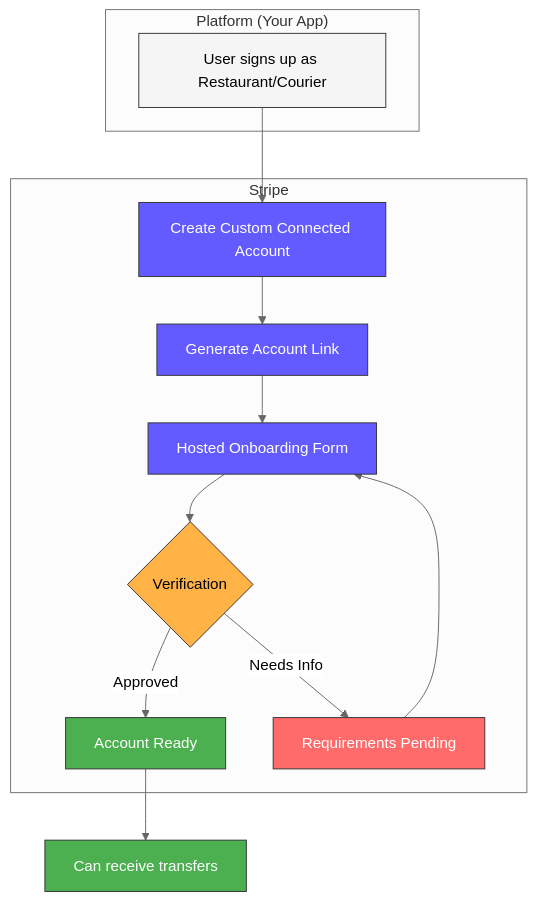
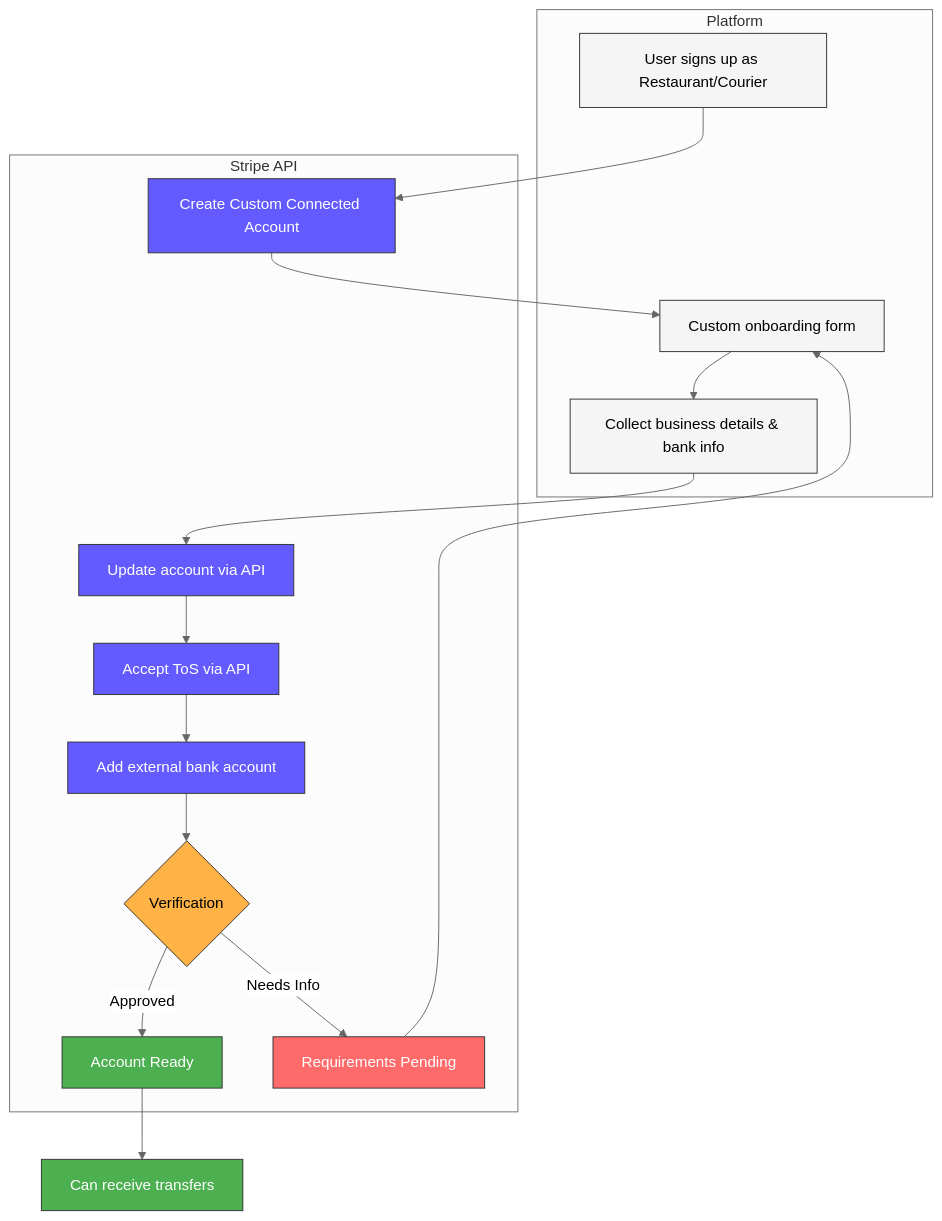
Before and after one commit to jejrthompson/stripe-interview-demo: the diagram in diagrams/part1/onboarding-flow.mmd, drawn with Mermaid (neutral theme). The commit also changed 1 other file, not shown here.

Commit message:
docs: update onboarding diagram for fully custom Connect flow
Removes Stripe-hosted components (Account Link, hosted forms) and shows
the API-driven onboarding where platform handles all UI/UX.

🤖 Generated with [Claude Code](https://claude.com/claude-code)

```diff
--- a/diagrams/part1/onboarding-flow.mmd
+++ b/diagrams/part1/onboarding-flow.mmd
@@ -1,33 +1,42 @@
 flowchart TD
-    subgraph Platform["Platform (Your App)"]
+    subgraph Platform["Platform"]
         A[User signs up as Restaurant/Courier]
+        C[Custom onboarding form]
+        D[Collect business details & bank info]
     end
 
-    subgraph Stripe["Stripe"]
+    subgraph Stripe["Stripe API"]
         B[Create Custom Connected Account]
-        C[Generate Account Link]
-        D[Hosted Onboarding Form]
-        E{Verification}
-        F[Account Ready]
-        G[Requirements Pending]
+        E[Update account via API]
+        F[Accept ToS via API]
+        G[Add external bank account]
+        H{Verification}
+        I[Account Ready]
+        J[Requirements Pending]
     end
 
     A --> B
     B --> C
     C --> D
     D --> E
+    E --> F
+    F --> G
+    G --> H
 
-    E -->|Approved| F
-    E -->|Needs Info| G
-    G --> D
+    H -->|Approved| I
+    H -->|Needs Info| J
+    J --> C
 
-    F --> H[Can receive transfers]
+    I --> K[Can receive transfers]
 
     style A fill:#f5f5f5,stroke:#333
     style B fill:#635bff,stroke:#333,color:#fff
-    style C fill:#635bff,stroke:#333,color:#fff
-    style D fill:#635bff,stroke:#333,color:#fff
-    style E fill:#ffb347,stroke:#333
-    style F fill:#4caf50,stroke:#333,color:#fff
-    style G fill:#ff6b6b,stroke:#333,color:#fff
-    style H fill:#4caf50,stroke:#333,color:#fff
+    style C fill:#f5f5f5,stroke:#333
+    style D fill:#f5f5f5,stroke:#333
+    style E fill:#635bff,stroke:#333,color:#fff
+    style F fill:#635bff,stroke:#333,color:#fff
+    style G fill:#635bff,stroke:#333,color:#fff
+    style H fill:#ffb347,stroke:#333
+    style I fill:#4caf50,stroke:#333,color:#fff
+    style J fill:#ff6b6b,stroke:#333,color:#fff
+    style K fill:#4caf50,stroke:#333,color:#fff
```
